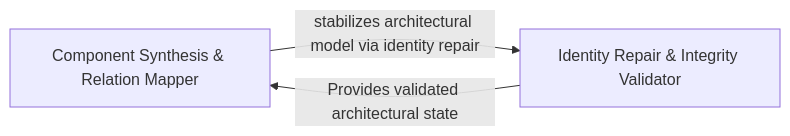
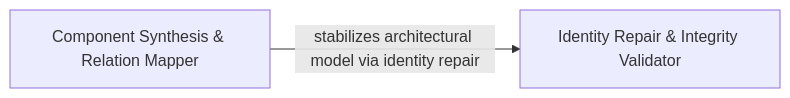
One commit to CodeBoarding/CodeBoarding changed the diagram in .codeboarding/Architectural_Abstraction_Identity_Resolver.md. Above: the diagram before and after it, drawn with Mermaid. The commit also changed other lines of this file and 21 other files, not shown here.

Commit message:
chore(codeboarding): sync architecture baseline

````diff
--- a/.codeboarding/Architectural_Abstraction_Identity_Resolver.md
+++ b/.codeboarding/Architectural_Abstraction_Identity_Resolver.md
@@ -1,7 +1,6 @@
 ```mermaid
 graph LR
     Component_Synthesis_Relation_Mapper["Component Synthesis & Relation Mapper"]
     Identity_Repair_Integrity_Validator["Identity Repair & Integrity Validator"]
     Component_Synthesis_Relation_Mapper -- "stabilizes architectural model via identity repair" --> Identity_Repair_Integrity_Validator
-    Identity_Repair_Integrity_Validator -- "Provides validated architectural state" --> Component_Synthesis_Relation_Mapper
 ```
````
